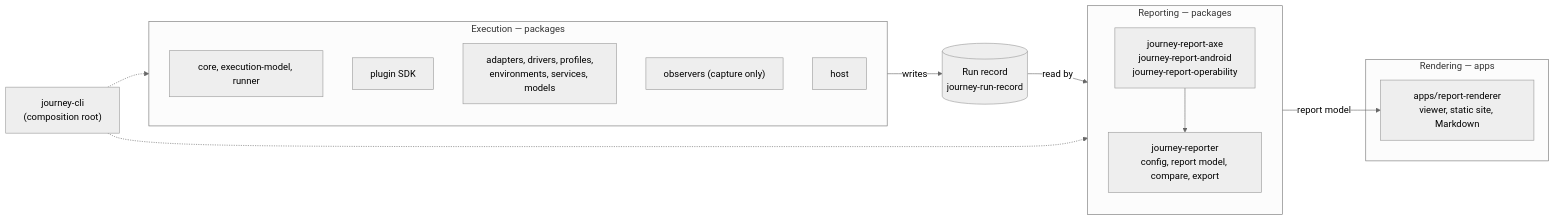
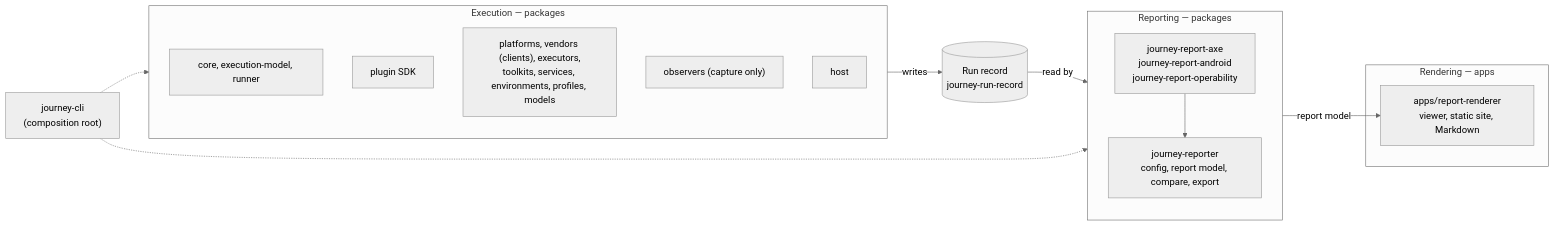
The diagram in docs/architecture.md (openuji/journey-mesh), drawn with Mermaid (neutral theme) before and after one commit. The commit also changed other lines of this file and 20 other files, not shown here.

Commit message:
refactor: architecture lint rules, docs, second-vendor proof

````diff
--- a/docs/architecture.md
+++ b/docs/architecture.md
@@ -6,26 +6,26 @@
 ```mermaid
 flowchart LR
   subgraph execution["Execution — packages"]
     direction TB
     core["core, execution-model, runner"]
     plugin["plugin SDK"]
-    caps["adapters, drivers, profiles,<br/>environments, services, models"]
+    caps["platforms, vendors (clients), executors,<br/>toolkits, services, environments, profiles, models"]
     observers["observers (capture only)"]
     host["host"]
   end
   record[("Run record<br/>journey-run-record")]
   subgraph reporting["Reporting — packages"]
     direction TB
     reporter["journey-reporter<br/>config, report model, compare, export"]
     interpreters["journey-report-axe<br/>journey-report-android<br/>journey-report-operability"]
   end
   subgraph rendering["Rendering — apps"]
     renderer["apps/report-renderer<br/>viewer, static site, Markdown"]
   end
   host -->|writes| record
   record -->|read by| reporter
   interpreters --> reporter
   reporter -->|report model| renderer
   cli["journey-cli<br/>(composition root)"] -.-> host
   cli -.-> reporter
 ```
````
